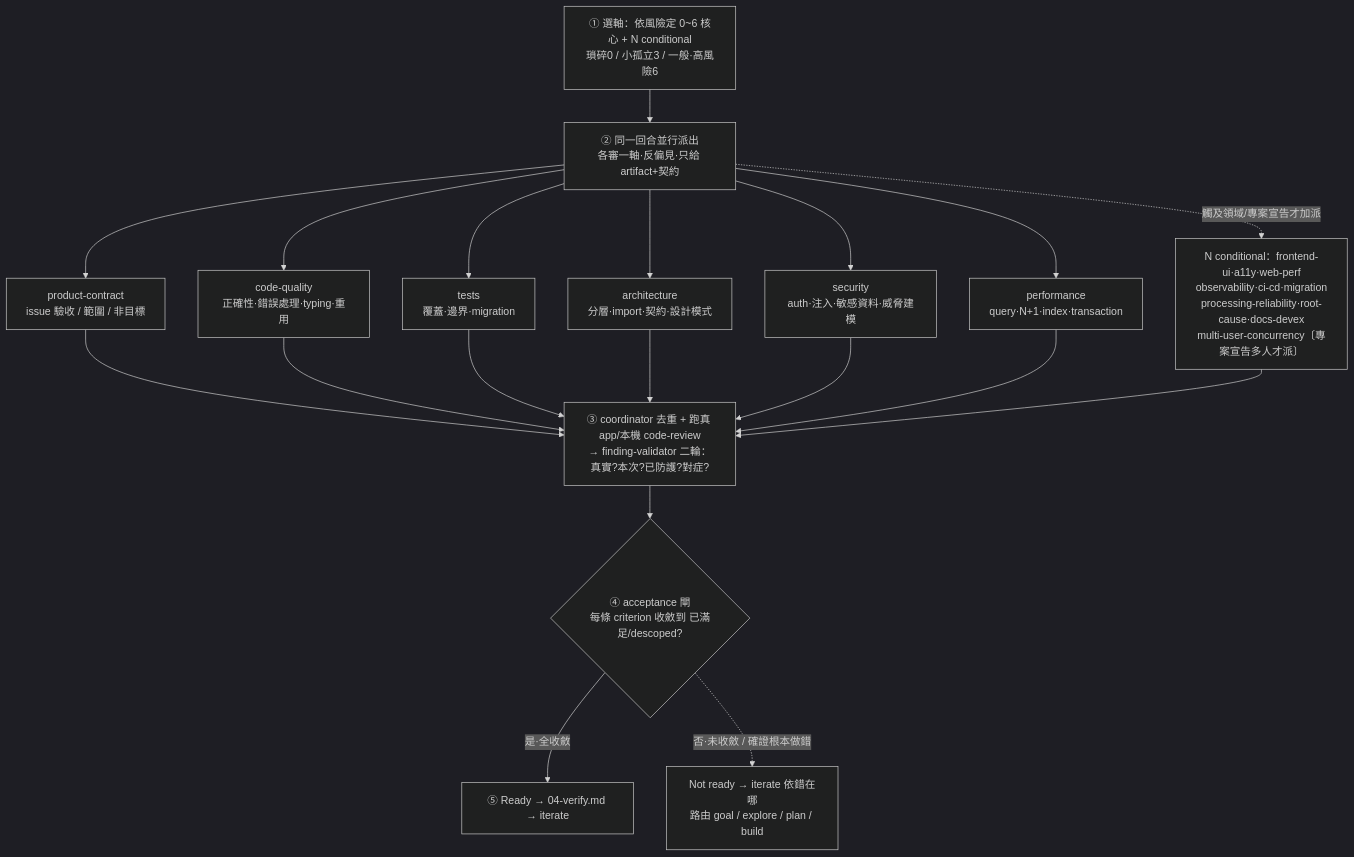
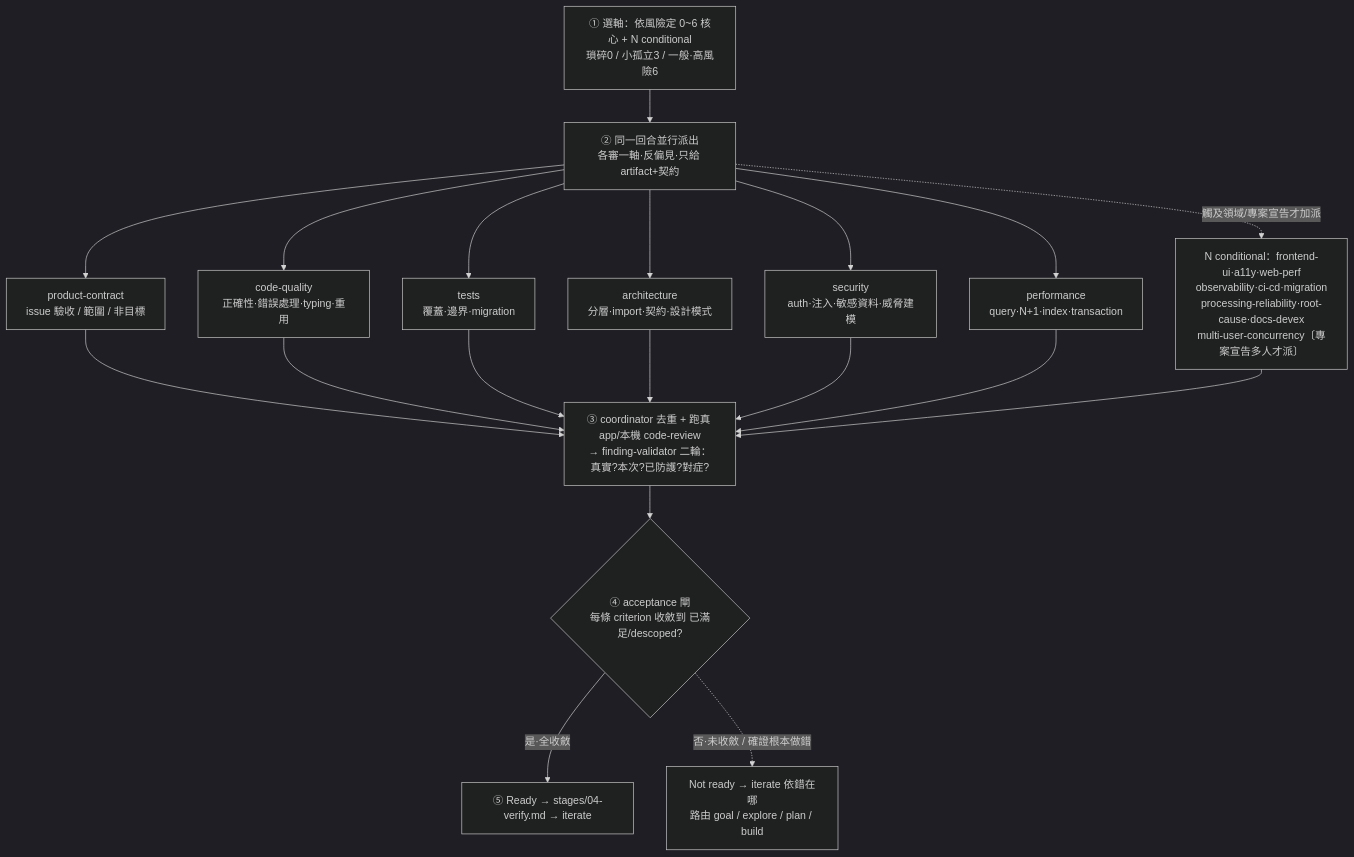
Before and after one commit to adha9990/dev-workflows: the fourth of 4 diagrams in plugins/loops-workflow/docs/FLOW.md, drawn with Mermaid (dark theme). The commit also changed other lines of this file and 38 other files, not shown here.

````diff
--- a/plugins/loops-workflow/docs/FLOW.md
+++ b/plugins/loops-workflow/docs/FLOW.md
@@ -202,15 +202,15 @@
 ```mermaid
 flowchart TD
     S1[① 選軸：依風險定 0~6 核心 + N conditional<br/>瑣碎0 / 小孤立3 / 一般·高風險6] --> S2[② 同一回合並行派出<br/>各審一軸·反偏見·只給 artifact+契約]
     S2 --> R1[product-contract<br/>issue 驗收 / 範圍 / 非目標]
     S2 --> R2[code-quality<br/>正確性·錯誤處理·typing·重用]
     S2 --> R3[tests<br/>覆蓋·邊界·migration]
     S2 --> R4[architecture<br/>分層·import·契約·設計模式]
     S2 --> R5[security<br/>auth·注入·敏感資料·威脅建模]
     S2 --> R6[performance<br/>query·N+1·index·transaction]
     S2 -.觸及領域/專案宣告才加派.-> COND[N conditional：frontend-ui·a11y·web-perf<br/>observability·ci-cd·migration<br/>processing-reliability·root-cause·docs-devex<br/>multi-user-concurrency〔專案宣告多人才派〕]
     R1 & R2 & R3 & R4 & R5 & R6 & COND --> CO[③ coordinator 去重 + 跑真 app/本機 code-review<br/>→ finding-validator 二輪：真實?本次?已防護?對症?]
     CO --> S4{④ acceptance 閘<br/>每條 criterion 收斂到 已滿足/descoped?}
-    S4 -->|是·全收斂| S5[⑤ Ready → 04-verify.md → iterate]
+    S4 -->|是·全收斂| S5[⑤ Ready → stages/04-verify.md → iterate]
     S4 -.否·未收斂 / 確證根本做錯.-> ITER[Not ready → iterate 依錯在哪<br/>路由 goal / explore / plan / build]
 ```
````
